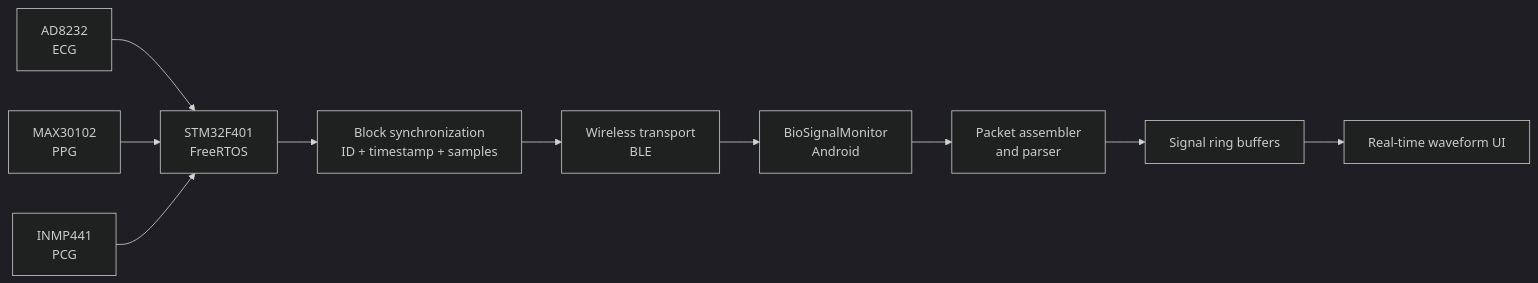
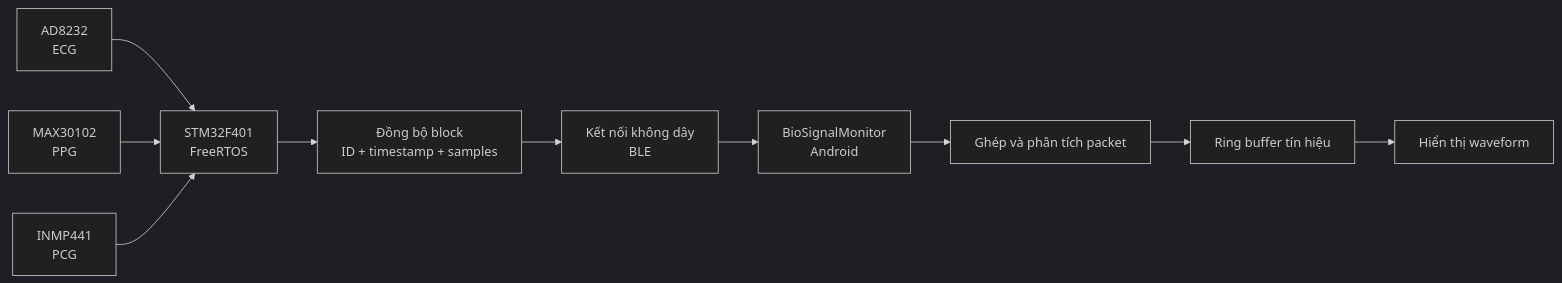
One commit to khanhnguyendang224440/BioSignalMonitor changed the first of 2 diagrams in README.md. Above: the diagram before and after it, drawn with Mermaid (dark theme). The commit also changed other lines of this file, not shown here.

````diff
--- a/README.md
+++ b/README.md
@@ -114,13 +115,13 @@
 ```mermaid
 flowchart LR
     ECG[AD8232\nECG] --> STM32[STM32F401\nFreeRTOS]
     PPG[MAX30102\nPPG] --> STM32
     PCG[INMP441\nPCG] --> STM32
 
-    STM32 --> SYNC[Block synchronization\nID + timestamp + samples]
-    SYNC --> LINK[Wireless transport\nBLE]
+    STM32 --> SYNC[Đồng bộ block\nID + timestamp + samples]
+    SYNC --> LINK[Kết nối không dây\nBLE]
     LINK --> APP[BioSignalMonitor\nAndroid]
-    APP --> PARSER[Packet assembler\nand parser]
-    PARSER --> BUFFER[Signal ring buffers]
-    BUFFER --> UI[Real-time waveform UI]
+    APP --> PARSER[Ghép và phân tích packet]
+    PARSER --> BUFFER[Ring buffer tín hiệu]
+    BUFFER --> UI[Hiển thị waveform]
 ```
````
